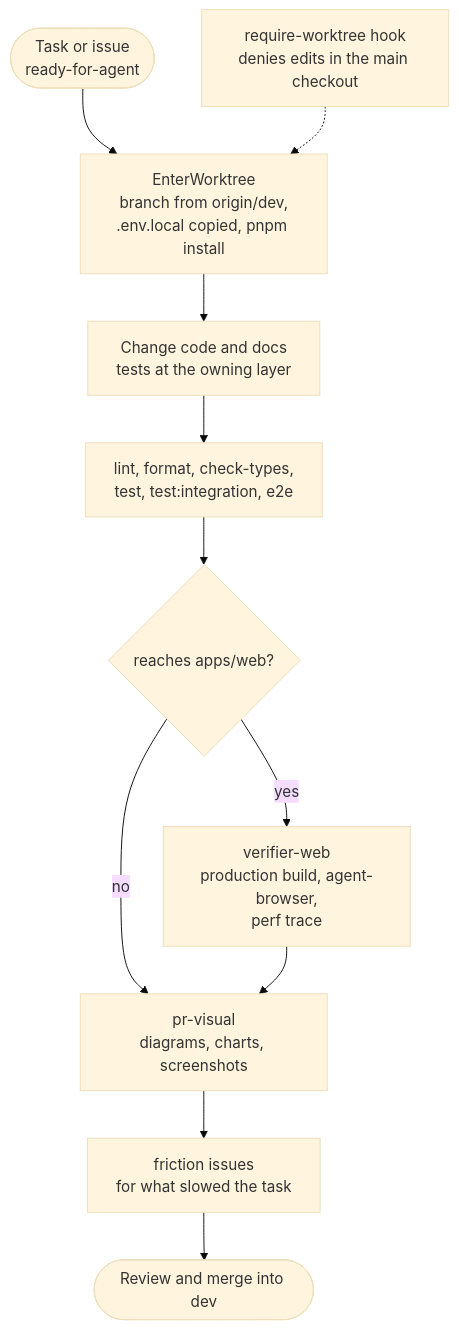
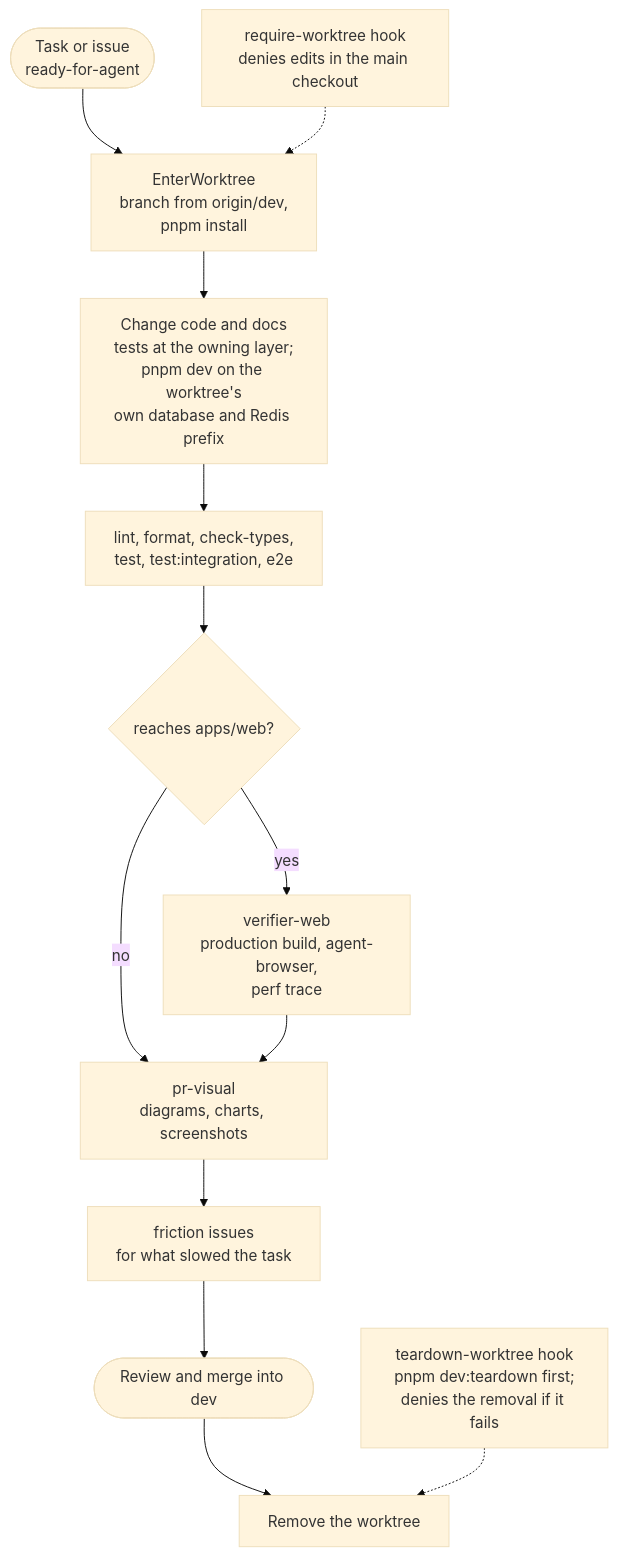
The diagram in docs/diagrams/agent-sdlc.mmd (m0t0r/cognitive-wealth), drawn with Mermaid (base theme) before and after one commit. The commit also changed 11 other files, not shown here.

First line of the commit message:
docs(dev-env): worktree dev environment in CLAUDE.md, dev-sign-in and diagrams; hook runs only this project's teardown

```diff
--- a/docs/diagrams/agent-sdlc.mmd
+++ b/docs/diagrams/agent-sdlc.mmd
@@ -1,12 +1,14 @@
 flowchart TB
-  issue(["Task or issue<br/>ready-for-agent"]) --> wt["EnterWorktree<br/>branch from origin/dev,<br/>.env.local copied, pnpm install"]
-  wt --> code["Change code and docs<br/>tests at the owning layer"]
+  issue(["Task or issue<br/>ready-for-agent"]) --> wt["EnterWorktree<br/>branch from origin/dev,<br/>pnpm install"]
+  wt --> code["Change code and docs<br/>tests at the owning layer;<br/>pnpm dev on the worktree's<br/>own database and Redis prefix"]
   code --> checks["lint, format, check-types,<br/>test, test:integration, e2e"]
   checks --> verify{"reaches apps/web?"}
   verify -->|yes| vw["verifier-web<br/>production build, agent-browser,<br/>perf trace"]
   verify -->|no| pr
   vw --> pr["pr-visual<br/>diagrams, charts, screenshots"]
   pr --> fr["friction issues<br/>for what slowed the task"]
   fr --> review(["Review and merge into dev"])
+  review --> rm["Remove the worktree"]
 
   guard["require-worktree hook<br/>denies edits in the main checkout"] -.-> wt
+  teardown["teardown-worktree hook<br/>pnpm dev:teardown first;<br/>denies the removal if it fails"] -.-> rm
```
